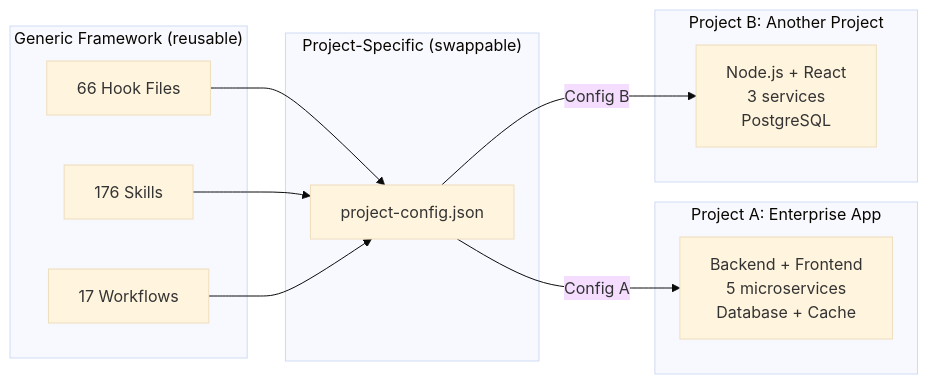
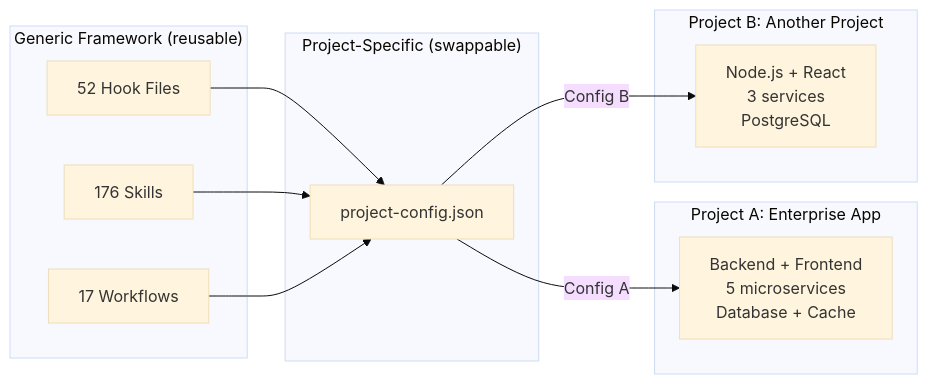
One commit to duc01226/easy-claude changed the eighth of 20 diagrams in .claude/docs/claude-ai-agent-framework-guide.md. Above: the diagram before and after it, drawn with Mermaid (base theme). The commit also changed other lines of this file and 10 other files, not shown here.

````diff
--- a/.claude/docs/claude-ai-agent-framework-guide.md
+++ b/.claude/docs/claude-ai-agent-framework-guide.md
@@ -902,24 +902,24 @@
 ```mermaid
 graph LR
     subgraph "Generic Framework (reusable)"
-        H[66 Hook Files]
+        H[52 Hook Files]
         S[176 Skills]
         W[17 Workflows]
     end
 
     subgraph "Project-Specific (swappable)"
         PC[project-config.json]
     end
 
     subgraph "Project A: Enterprise App"
         PA[Backend + Frontend<br/>5 microservices<br/>Database + Cache]
     end
 
     subgraph "Project B: Another Project"
         PB[Node.js + React<br/>3 services<br/>PostgreSQL]
     end
 
     H & S & W --> PC
     PC -->|Config A| PA
     PC -->|Config B| PB
 ```
````
